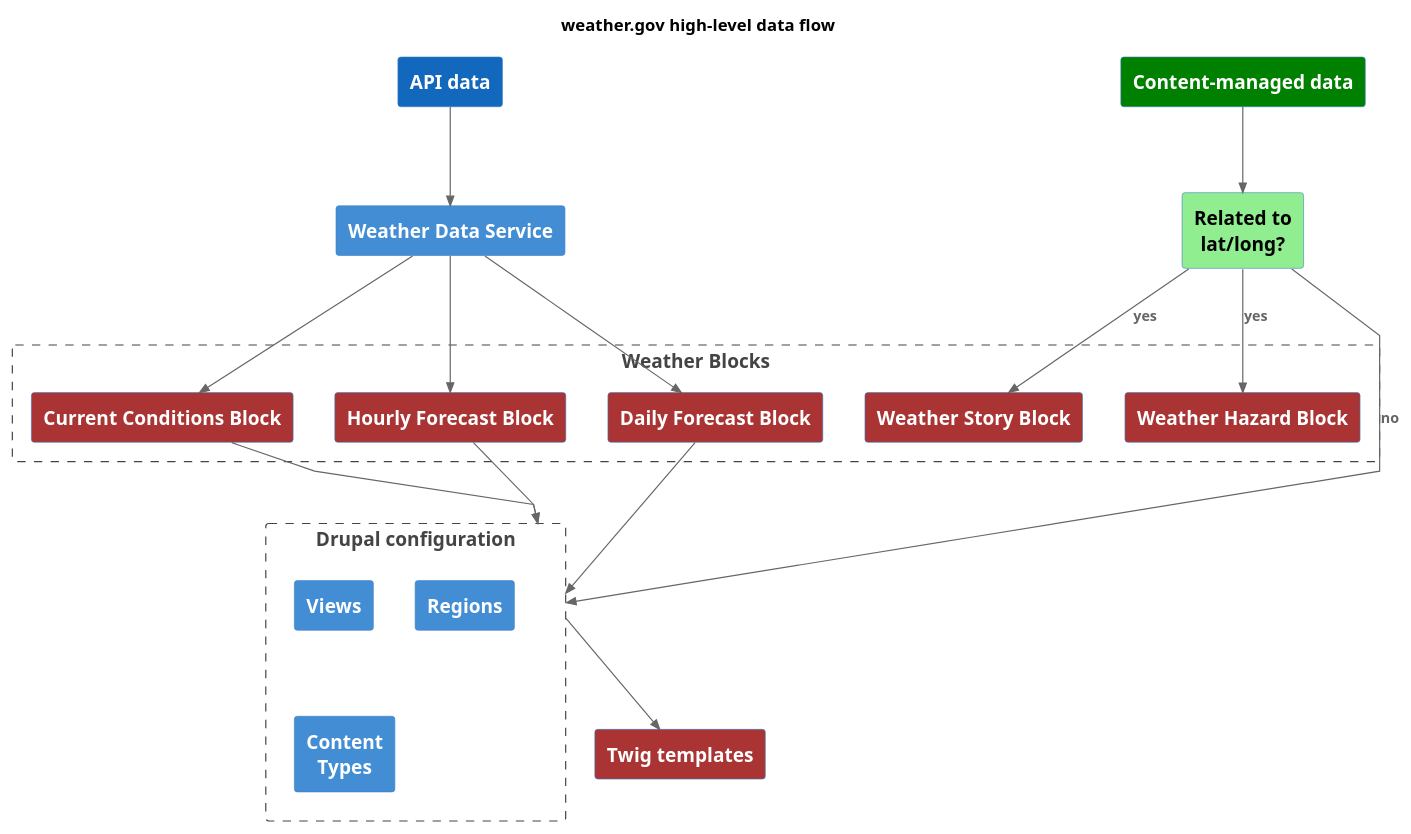
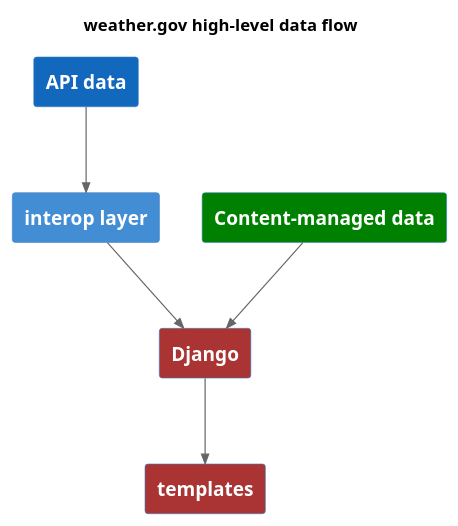
Before and after one commit to weather-gov/weather.gov: the diagram in docs/architecture/diagrams/high-level-data-flow.puml, drawn with PlantUML. The commit also changed 7 other files, not shown here.

Commit message:
Update architecture diagrams

```diff
--- a/docs/architecture/diagrams/high-level-data-flow.puml
+++ b/docs/architecture/diagrams/high-level-data-flow.puml
@@ -1,51 +1,26 @@
 @startuml weather.gov system deployment
 !include https://raw.githubusercontent.com/plantuml-stdlib/C4-PlantUML/master/C4_Deployment.puml
 
 title weather.gov high-level data flow
 skinparam linetype polyline
 HIDE_STEREOTYPE()
 
 AddElementTag("cms-dark", $bgColor="green",$fontColor="white")
 AddElementTag("cms-light", $bgColor="lightgreen",$fontColor="black")
 AddElementTag("code", $bgColor="#A33")
 
 System(api, "API data")
 System(cms, "Content-managed data", $tags="cms-dark")
 
-System(q, "Related to\nlat/long?", $tags="cms-light")
 
-Container(wds, "Weather Data Service")
+Container(interop, "interop layer")
+Container(django, "Django", $tags="code")
 
-Boundary(blocks, "Weather Blocks") {
-  Container(ccb, "Current Conditions Block", $tags="code")
-  Container(hfb, "Hourly Forecast Block", $tags="code")
-  Container(dfb, "Daily Forecast Block", $tags="code")
-  Container(wsb, "Weather Story Block", $tags="code")
-  Container(whb, "Weather Hazard Block", $tags="code")
-}
+Rel(api, interop, "")
+Rel(interop, django, "")
+Rel(cms, django, "")
 
-Rel(api, wds, "")
-
-Rel(wds, ccb, "")
-Rel(wds, hfb, "")
-Rel(wds, dfb, "")
-
-Rel(cms, q, "")
-Rel(q, wsb, "yes")
-Rel(q, whb, "yes")
-
-Boundary(drupal, "Drupal configuration") {
-  Container(v1, "Views")
-  Container(v2, "Regions")
-  Container(v3, "Content\nTypes")
-}
-
-Rel(ccb, drupal, "")
-Rel(hfb, drupal, "")
-Rel(dfb, drupal, "")
-Rel(q, drupal, "no")
-
-Container(twig, "Twig templates", $tags="code")
-Rel(drupal, twig, "")
+Container(templates, "templates", $tags="code")
+Rel(django, templates, "")
 
 @enduml
```
